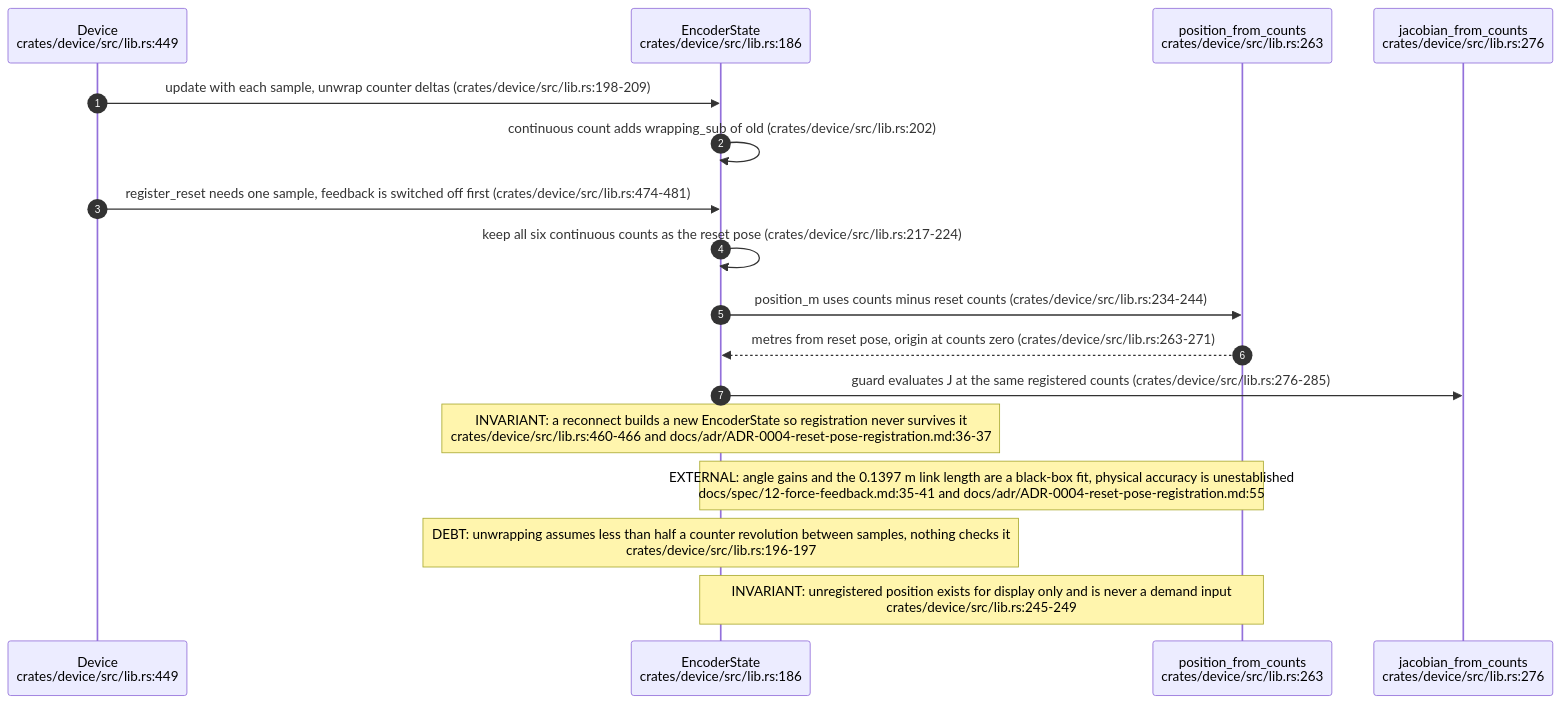
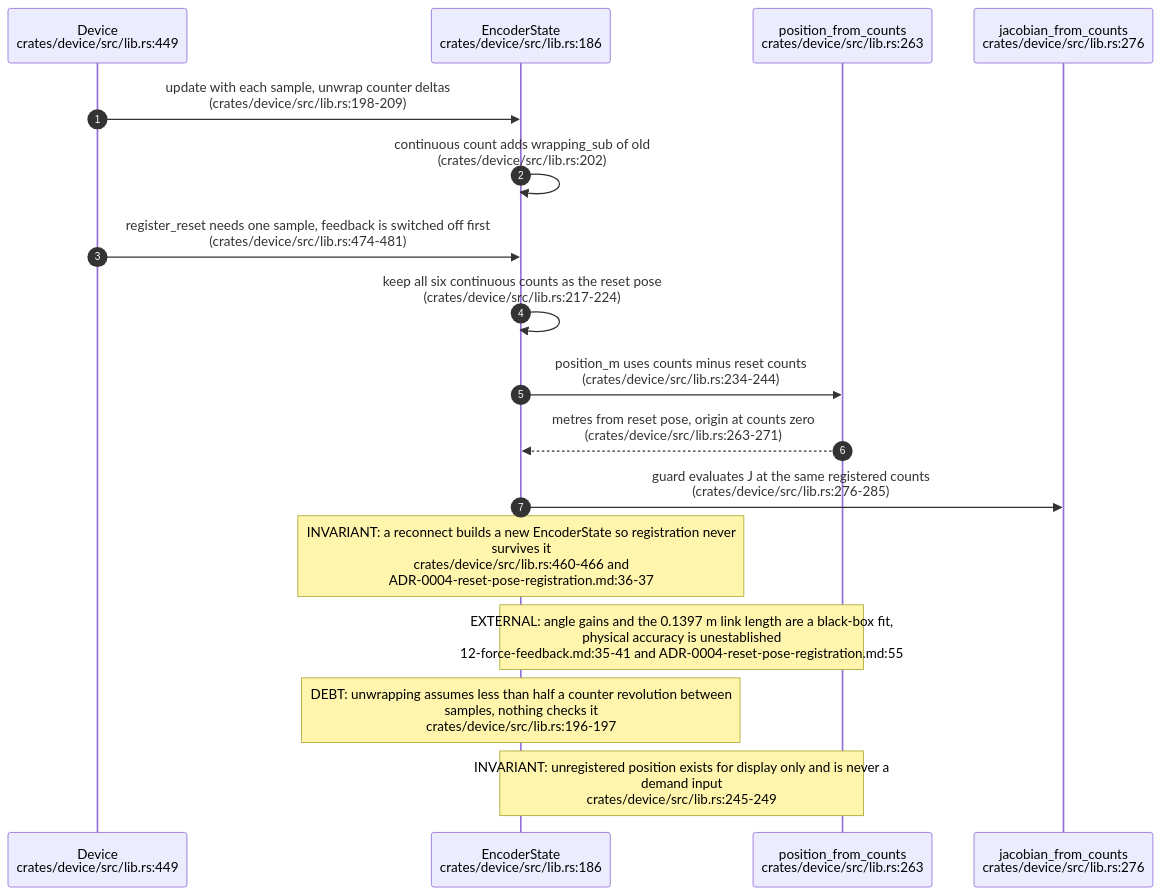
Before and after one commit to DreamLab-AI/VisionFlow: the second of 5 diagrams in docs/diagrams/visiontouch-rs/03-device-sdk-and-force-guard.md, drawn with Mermaid. The commit also changed other lines of this file and 27 other files, not shown here.

````diff
--- a/docs/diagrams/visiontouch-rs/03-device-sdk-and-force-guard.md
+++ b/docs/diagrams/visiontouch-rs/03-device-sdk-and-force-guard.md
@@ -64,19 +66,19 @@
 ```mermaid
 sequenceDiagram
     autonumber
     participant DV as Device<br/>crates/device/src/lib.rs:449
     participant ES as EncoderState<br/>crates/device/src/lib.rs:186
     participant PS as position_from_counts<br/>crates/device/src/lib.rs:263
     participant JC as jacobian_from_counts<br/>crates/device/src/lib.rs:276
-    DV->>ES: update with each sample, unwrap counter deltas (crates/device/src/lib.rs:198-209)
-    ES->>ES: continuous count adds wrapping_sub of old (crates/device/src/lib.rs:202)
-    DV->>ES: register_reset needs one sample, feedback is switched off first (crates/device/src/lib.rs:474-481)
-    ES->>ES: keep all six continuous counts as the reset pose (crates/device/src/lib.rs:217-224)
-    ES->>PS: position_m uses counts minus reset counts (crates/device/src/lib.rs:234-244)
-    PS-->>ES: metres from reset pose, origin at counts zero (crates/device/src/lib.rs:263-271)
-    ES->>JC: guard evaluates J at the same registered counts (crates/device/src/lib.rs:276-285)
-    Note over ES: INVARIANT: a reconnect builds a new EncoderState so registration never survives it<br/>crates/device/src/lib.rs:460-466 and docs/adr/ADR-0004-reset-pose-registration.md:36-37
-    Note over ES,PS: EXTERNAL: angle gains and the 0.1397 m link length are a black-box fit, physical accuracy is unestablished<br/>docs/spec/12-force-feedback.md:35-41 and docs/adr/ADR-0004-reset-pose-registration.md:55
-    Note over ES: DEBT: unwrapping assumes less than half a counter revolution between samples, nothing checks it<br/>crates/device/src/lib.rs:196-197
-    Note over ES,PS: INVARIANT: unregistered position exists for display only and is never a demand input<br/>crates/device/src/lib.rs:245-249
+    DV->>ES: update with each sample, unwrap counter deltas<br/>(crates/device/src/lib.rs:198-209)
+    ES->>ES: continuous count adds wrapping_sub of old<br/>(crates/device/src/lib.rs:202)
+    DV->>ES: register_reset needs one sample, feedback is switched off first<br/>(crates/device/src/lib.rs:474-481)
+    ES->>ES: keep all six continuous counts as the reset pose<br/>(crates/device/src/lib.rs:217-224)
+    ES->>PS: position_m uses counts minus reset counts<br/>(crates/device/src/lib.rs:234-244)
+    PS-->>ES: metres from reset pose, origin at counts zero<br/>(crates/device/src/lib.rs:263-271)
+    ES->>JC: guard evaluates J at the same registered counts<br/>(crates/device/src/lib.rs:276-285)
+    Note over ES: INVARIANT: a reconnect builds a new EncoderState so registration never<br/>survives it<br/>crates/device/src/lib.rs:460-466 and<br/>ADR-0004-reset-pose-registration.md:36-37
+    Note over ES,PS: EXTERNAL: angle gains and the 0.1397 m link length are a black-box fit,<br/>physical accuracy is unestablished<br/>12-force-feedback.md:35-41 and ADR-0004-reset-pose-registration.md:55
+    Note over ES: DEBT: unwrapping assumes less than half a counter revolution between<br/>samples, nothing checks it<br/>crates/device/src/lib.rs:196-197
+    Note over ES,PS: INVARIANT: unregistered position exists for display only and is never a<br/>demand input<br/>crates/device/src/lib.rs:245-249
 ```
````
